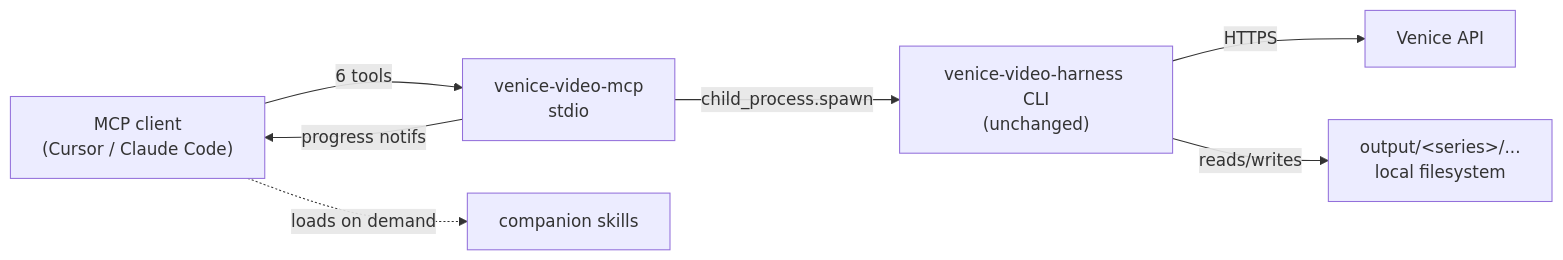
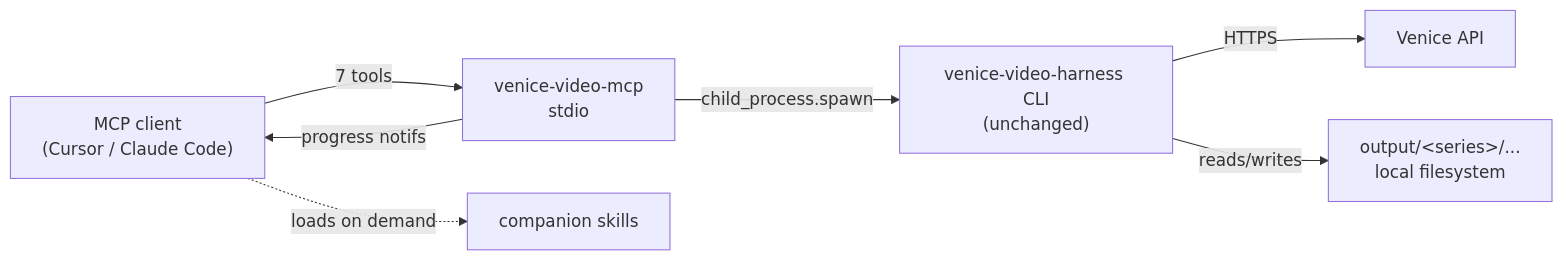
The diagram in README.md (gravyplaya/venice-video-mcp), drawn with Mermaid before and after one commit. The commit also changed other lines of this file and 8 other files, not shown here.

````diff
--- a/README.md
+++ b/README.md
@@ -17,15 +17,15 @@
 ```mermaid
 flowchart LR
     Client["MCP client<br/>(Cursor / Claude Code)"]
     Server["venice-video-mcp<br/>stdio"]
     Harness["venice-video-harness CLI<br/>(unchanged)"]
     Venice["Venice API"]
     FS["output/&lt;series&gt;/...<br/>local filesystem"]
 
-    Client -->|"6 tools"| Server
+    Client -->|"7 tools"| Server
     Server -->|"child_process.spawn"| Harness
     Harness -->|"HTTPS"| Venice
     Harness -->|"reads/writes"| FS
     Server -->|"progress notifs"| Client
     Client -.->|"loads on demand"| Skills["companion skills"]
 ```
````
